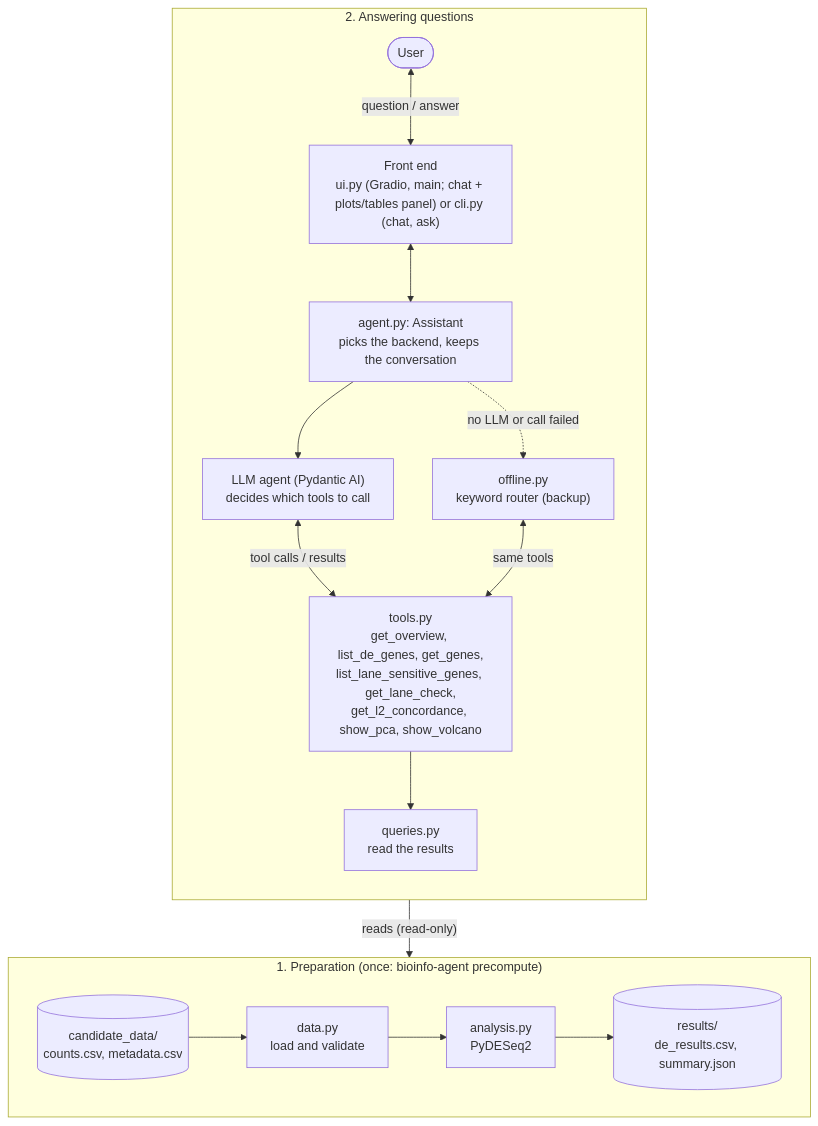
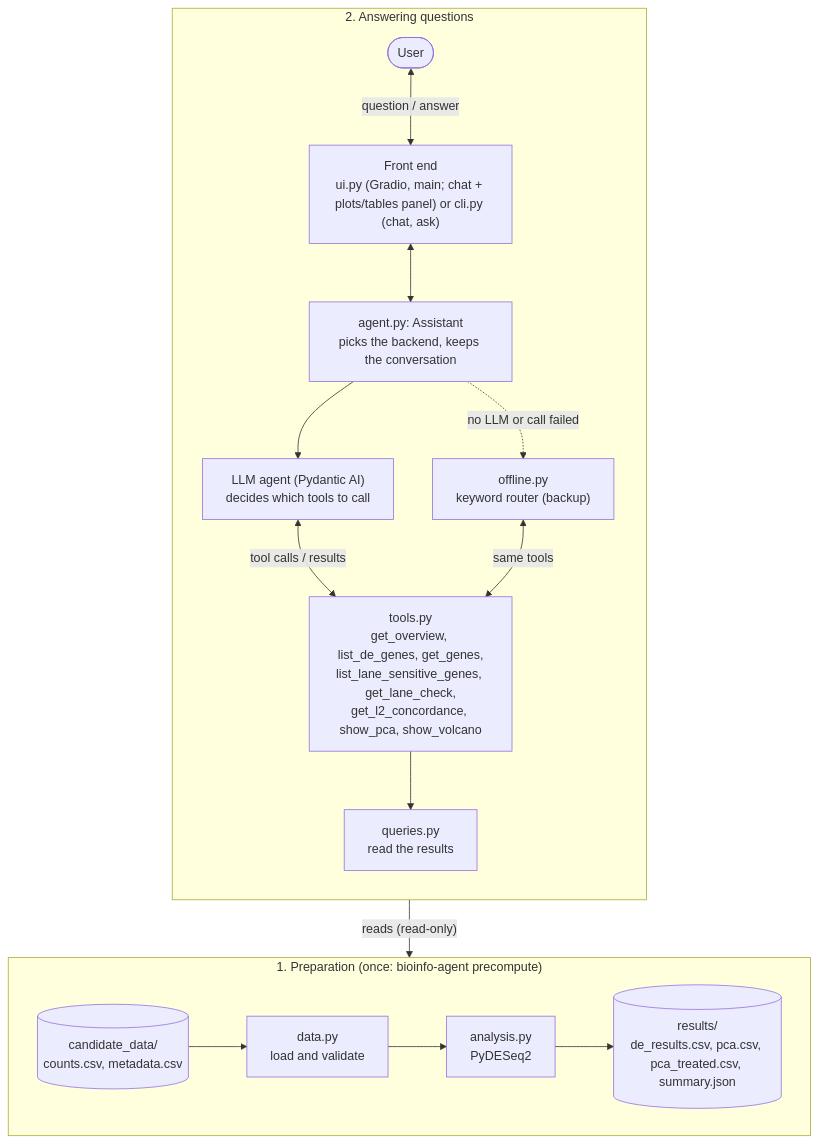
One commit to hut-ml/bioinfo-agent changed the diagram in README.md. Above: the diagram before and after it, drawn with Mermaid. The commit also changed other lines of this file and 21 other files, not shown here.

````diff
--- a/README.md
+++ b/README.md
@@ -51,22 +51,22 @@
 ```mermaid
 flowchart TB
     subgraph qa["2. Answering questions"]
         direction TB
         USER(["User"]) <-->|"question / answer"| FE["Front end<br/>ui.py (Gradio, main; chat + plots/tables panel) or cli.py (chat, ask)"]
         FE <--> AS["agent.py: Assistant<br/>picks the backend, keeps the conversation"]
         AS --> LLM["LLM agent (Pydantic AI)<br/>decides which tools to call"]
         AS -.->|"no LLM or call failed"| OFF["offline.py<br/>keyword router (backup)"]
         LLM <-->|"tool calls / results"| T["tools.py<br/>get_overview, list_de_genes, get_genes,<br/>list_lane_sensitive_genes, get_lane_check,<br/>get_l2_concordance, show_pca, show_volcano"]
         OFF <-->|"same tools"| T
         T --> Q["queries.py<br/>read the results"]
     end
 
     subgraph prep["1. Preparation (once: bioinfo-agent precompute)"]
         direction LR
         IN[("candidate_data/<br/>counts.csv, metadata.csv")] --> D["data.py<br/>load and validate"]
         D --> AN["analysis.py<br/>PyDESeq2"]
-        AN --> R[("results/<br/>de_results.csv, summary.json")]
+        AN --> R[("results/<br/>de_results.csv, pca.csv, pca_treated.csv, summary.json")]
     end
 
     Q -->|"reads (read-only)"| R
 ```
````
